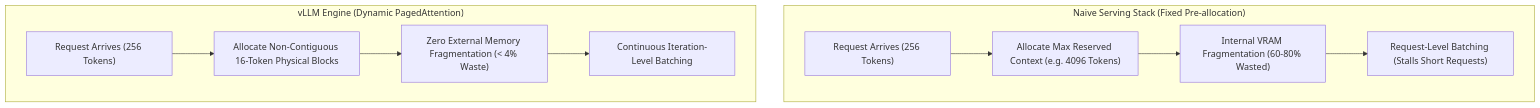
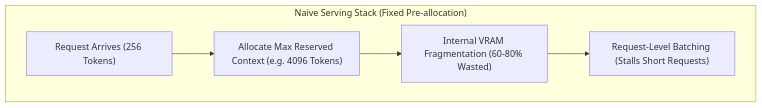
The first of 4 diagrams in contents/blog/0063-serving-llms-with-vllm-and-llm-d/index.md (narenandu/narenvadapalli_dot_com), drawn with Mermaid before and after one commit. The commit also changed other lines of this file and 22 other files, not shown here.

Commit message:
fix(blog): resolve side-by-side Mermaid diagrams, KaTeX math formatting, and alert tags across all blogs

````diff
--- a/contents/blog/0063-serving-llms-with-vllm-and-llm-d/index.md
+++ b/contents/blog/0063-serving-llms-with-vllm-and-llm-d/index.md
@@ -37,13 +37,8 @@
 ```mermaid
 flowchart TD
     subgraph Naive["Naive Serving Stack (Fixed Pre-allocation)"]
         N1["Request Arrives (256 Tokens)"] --> N2["Allocate Max Reserved Context (e.g. 4096 Tokens)"]
         N2 --> N3["Internal VRAM Fragmentation (60-80% Wasted)"]
         N3 --> N4["Request-Level Batching (Stalls Short Requests)"]
     end
-    subgraph vLLM["vLLM Engine (Dynamic PagedAttention)"]
-        V1["Request Arrives (256 Tokens)"] --> V2["Allocate Non-Contiguous 16-Token Physical Blocks"]
-        V2 --> V3["Zero External Memory Fragmentation (< 4% Waste)"]
-        V3 --> V4["Continuous Iteration-Level Batching"]
-    end
 ```
````
